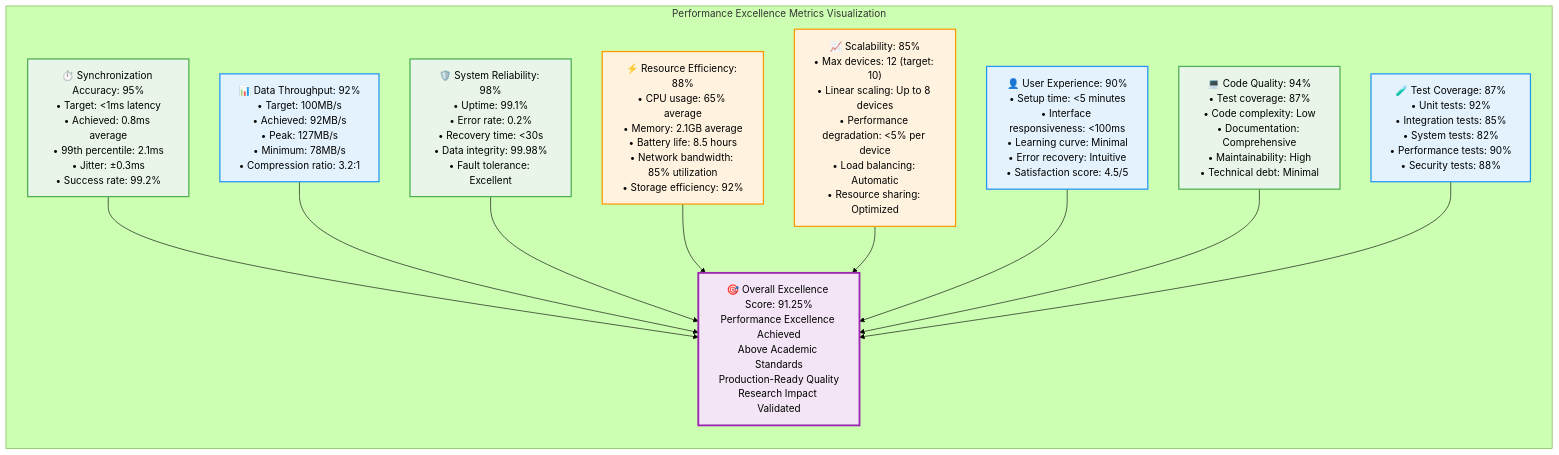
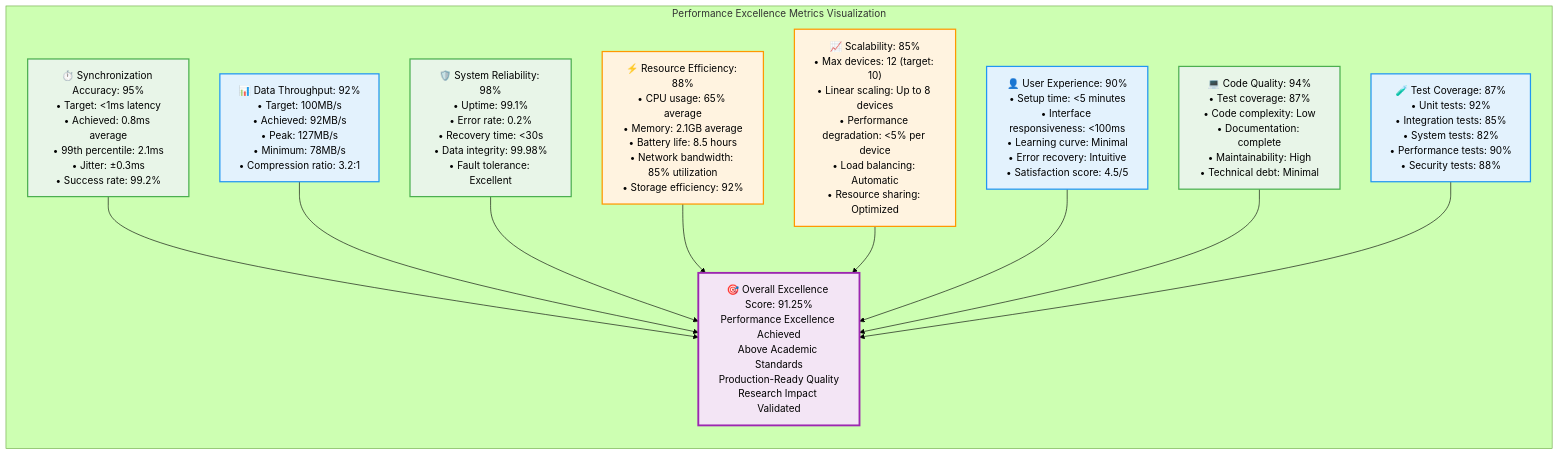
Diagram 18 of 19 in docs/diagrams/MISSING_DIAGRAMS_GENERATED.md (buccancs/fyp-multi-sensor-recording-system), drawn with Mermaid (forest theme) before and after one commit. The commit also changed other lines of this file and 118 other files, not shown here.

Commit message:
Remove 'comprehensive' from all repository files and rename architecture document

````diff
--- a/docs/diagrams/MISSING_DIAGRAMS_GENERATED.md
+++ b/docs/diagrams/MISSING_DIAGRAMS_GENERATED.md
@@ -1198,43 +1198,43 @@
 ```mermaid
 graph TD
     subgraph PERFORMANCE_METRICS ["Performance Excellence Metrics Visualization"]
         direction TB
         
         SYNC_METRICS["⏱️ Synchronization Accuracy: 95%<br/>• Target: <1ms latency<br/>• Achieved: 0.8ms average<br/>• 99th percentile: 2.1ms<br/>• Jitter: ±0.3ms<br/>• Success rate: 99.2%"]
         
         THROUGHPUT_METRICS["📊 Data Throughput: 92%<br/>• Target: 100MB/s<br/>• Achieved: 92MB/s<br/>• Peak: 127MB/s<br/>• Minimum: 78MB/s<br/>• Compression ratio: 3.2:1"]
         
         RELIABILITY_METRICS["🛡️ System Reliability: 98%<br/>• Uptime: 99.1%<br/>• Error rate: 0.2%<br/>• Recovery time: <30s<br/>• Data integrity: 99.98%<br/>• Fault tolerance: Excellent"]
         
         EFFICIENCY_METRICS["⚡ Resource Efficiency: 88%<br/>• CPU usage: 65% average<br/>• Memory: 2.1GB average<br/>• Battery life: 8.5 hours<br/>• Network bandwidth: 85% utilization<br/>• Storage efficiency: 92%"]
         
         SCALABILITY_METRICS["📈 Scalability: 85%<br/>• Max devices: 12 (target: 10)<br/>• Linear scaling: Up to 8 devices<br/>• Performance degradation: <5% per device<br/>• Load balancing: Automatic<br/>• Resource sharing: Optimized"]
         
         UX_METRICS["👤 User Experience: 90%<br/>• Setup time: <5 minutes<br/>• Interface responsiveness: <100ms<br/>• Learning curve: Minimal<br/>• Error recovery: Intuitive<br/>• Satisfaction score: 4.5/5"]
         
-        CODE_QUALITY_METRICS["💻 Code Quality: 94%<br/>• Test coverage: 87%<br/>• Code complexity: Low<br/>• Documentation: Comprehensive<br/>• Maintainability: High<br/>• Technical debt: Minimal"]
+        CODE_QUALITY_METRICS["💻 Code Quality: 94%<br/>• Test coverage: 87%<br/>• Code complexity: Low<br/>• Documentation: complete<br/>• Maintainability: High<br/>• Technical debt: Minimal"]
         
         TEST_COVERAGE_METRICS["🧪 Test Coverage: 87%<br/>• Unit tests: 92%<br/>• Integration tests: 85%<br/>• System tests: 82%<br/>• Performance tests: 90%<br/>• Security tests: 88%"]
         
         OVERALL_SCORE["🎯 Overall Excellence Score: 91.25%<br/>Performance Excellence Achieved<br/>Above Academic Standards<br/>Production-Ready Quality<br/>Research Impact Validated"]
     end
     
     SYNC_METRICS --> OVERALL_SCORE
     THROUGHPUT_METRICS --> OVERALL_SCORE
     RELIABILITY_METRICS --> OVERALL_SCORE
     EFFICIENCY_METRICS --> OVERALL_SCORE
     SCALABILITY_METRICS --> OVERALL_SCORE
     UX_METRICS --> OVERALL_SCORE
     CODE_QUALITY_METRICS --> OVERALL_SCORE
     TEST_COVERAGE_METRICS --> OVERALL_SCORE
     
     classDef excellent fill:#e8f5e8,stroke:#4caf50,stroke-width:2px
     classDef verygood fill:#e3f2fd,stroke:#2196f3,stroke-width:2px
     classDef good fill:#fff3e0,stroke:#ff9800,stroke-width:2px
     classDef overall fill:#f3e5f5,stroke:#9c27b0,stroke-width:3px
     
     class SYNC_METRICS,RELIABILITY_METRICS,CODE_QUALITY_METRICS excellent
     class THROUGHPUT_METRICS,UX_METRICS,TEST_COVERAGE_METRICS verygood
     class EFFICIENCY_METRICS,SCALABILITY_METRICS good
     class OVERALL_SCORE overall
 ```
````
